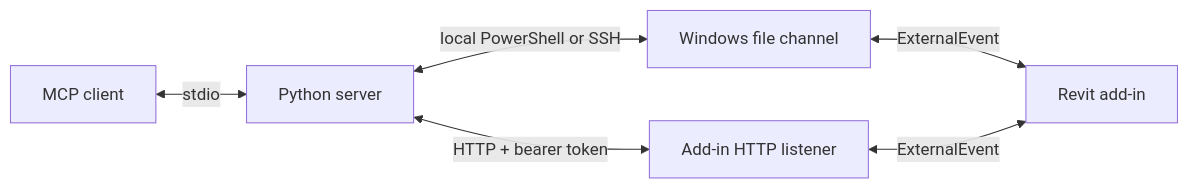
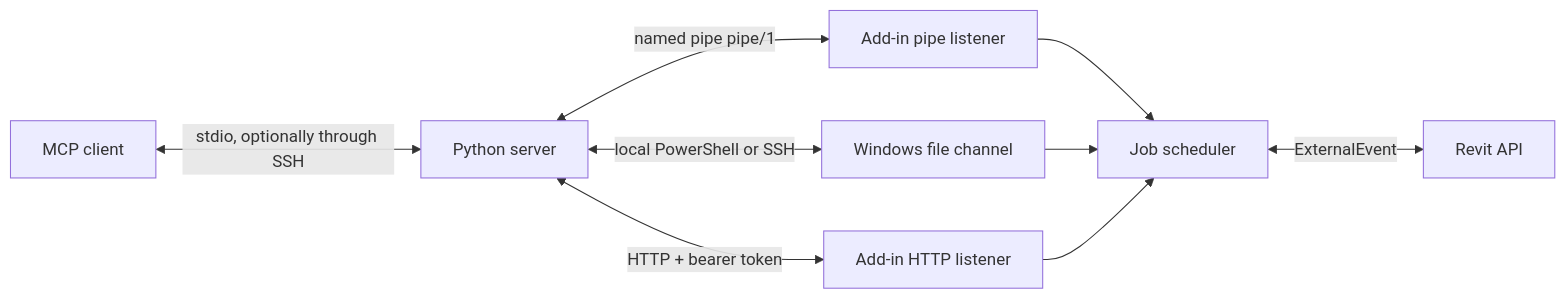
Before and after one commit to sharafutdinovdi/revit-model-mcp: the diagram in docs/transport.md, drawn with Mermaid. The commit also changed other lines of this file and 14 other files, not shown here.

First line of the commit message:
feat(channel): add a named pipe transport

````diff
--- a/docs/transport.md
+++ b/docs/transport.md
@@ -366,8 +459,11 @@
 ```mermaid
 flowchart LR
-    Client[MCP client] <-->|stdio| Server[Python server]
+    Client[MCP client] <-->|stdio, optionally through SSH| Server[Python server]
+    Server <-->|named pipe pipe/1| Pipe[Add-in pipe listener]
     Server <-->|local PowerShell or SSH| Channel[Windows file channel]
-    Channel <-->|ExternalEvent| Revit[Revit add-in]
     Server <-->|HTTP + bearer token| Endpoint[Add-in HTTP listener]
-    Endpoint <-->|ExternalEvent| Revit
+    Pipe --> Scheduler[Job scheduler]
+    Channel --> Scheduler
+    Endpoint --> Scheduler
+    Scheduler <-->|ExternalEvent| Revit[Revit API]
 ```
````
